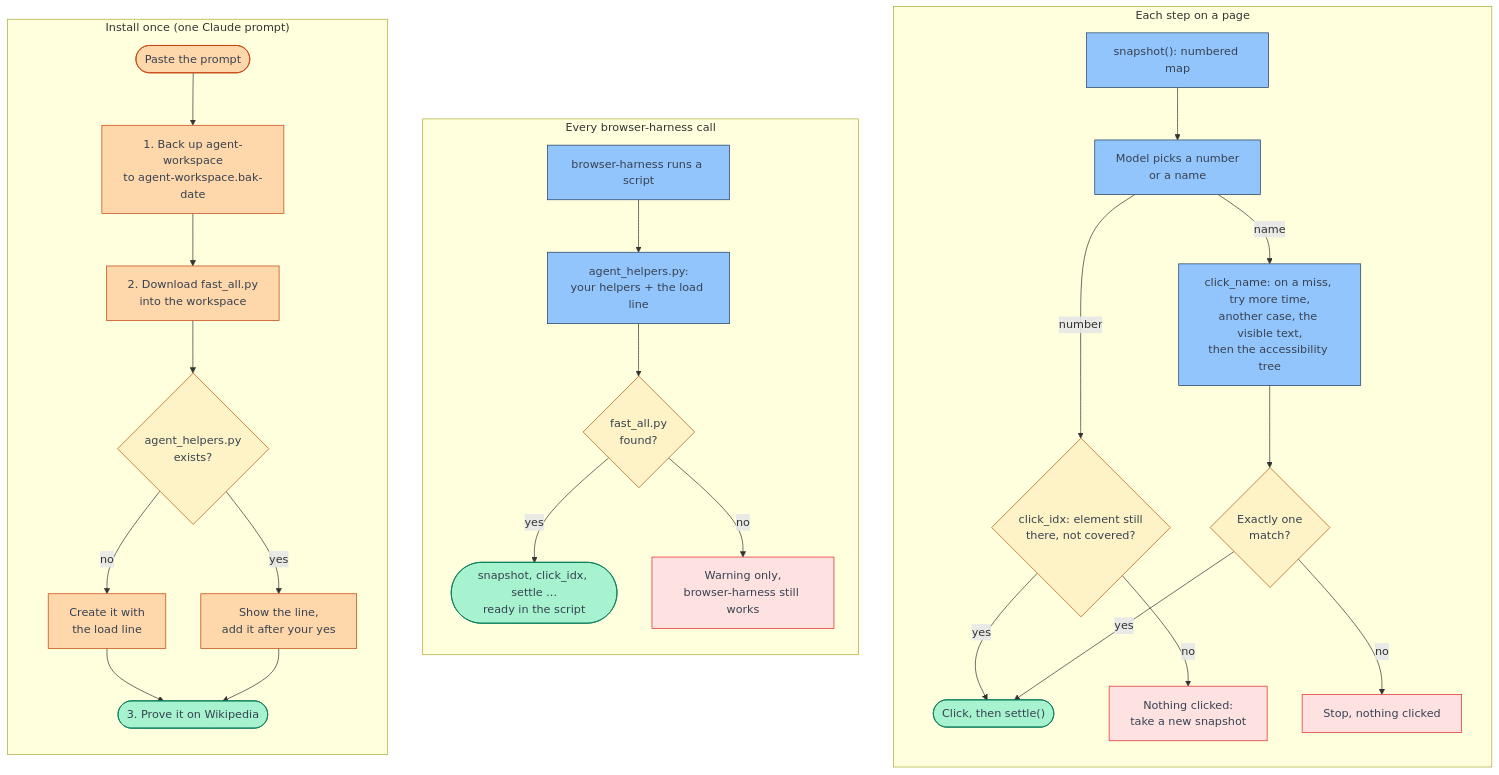
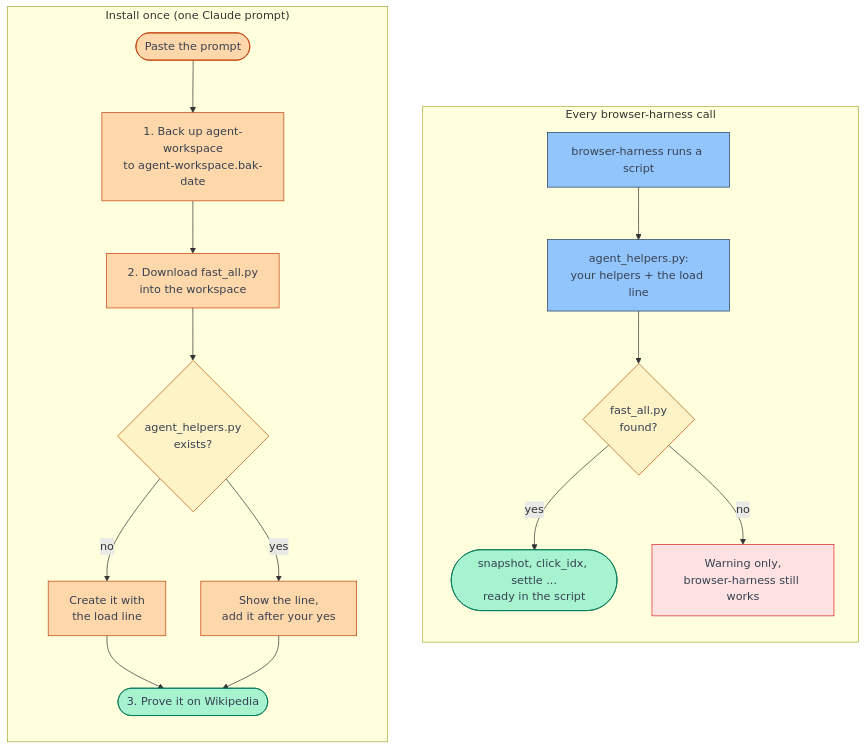
Before and after one commit to kokchuan101/browser-harness-fast-extension: the second of 2 diagrams in README.md, drawn with Mermaid. The commit also changed other lines of this file, not shown here.

Commit message:
README: before/after behaviour diagram on top, install flow under Install

````diff
--- a/README.md
+++ b/README.md
@@ -8,42 +61,31 @@
 ```mermaid
 flowchart LR
   subgraph install["Install once (one Claude prompt)"]
     direction TB
     i1(["Paste the prompt"]) --> i2["1. Back up agent-workspace<br/>to agent-workspace.bak-date"]
     i2 --> i3["2. Download fast_all.py<br/>into the workspace"]
     i3 --> i4{"agent_helpers.py<br/>exists?"}
     i4 -- no --> i5["Create it with<br/>the load line"]
     i4 -- yes --> i6["Show the line,<br/>add it after your yes"]
     i5 --> i7(["3. Prove it on Wikipedia"])
     i6 --> i7
   end
   subgraph load["Every browser-harness call"]
     direction TB
     l1["browser-harness runs a script"] --> l2["agent_helpers.py:<br/>your helpers + the load line"]
     l2 --> l3{"fast_all.py<br/>found?"}
     l3 -- yes --> l4(["snapshot, click_idx, settle ...<br/>ready in the script"])
     l3 -- no --> l5["Warning only,<br/>browser-harness still works"]
   end
-  subgraph step["Each step on a page"]
-    direction TB
-    s1["snapshot(): numbered map"] --> s2["Model picks a number<br/>or a name"]
-    s2 -- number --> s3{"click_idx: element still<br/>there, not covered?"}
-    s3 -- yes --> s4(["Click, then settle()"])
-    s3 -- no --> s5["Nothing clicked:<br/>take a new snapshot"]
-    s2 -- name --> s6["click_name: on a miss, try more time,<br/>another case, the visible text,<br/>then the accessibility tree"]
-    s6 --> s7{"Exactly one<br/>match?"}
-    s7 -- yes --> s4
-    s7 -- no --> s8["Stop, nothing clicked"]
-  end
-  install ~~~ load ~~~ step
+  install ~~~ load
   classDef once fill:#fed7aa,stroke:#c2410c,color:#374151
   classDef ask fill:#fef3c7,stroke:#b45309,color:#374151
   classDef work fill:#93c5fd,stroke:#1e3a5f,color:#374151
   classDef ok fill:#a7f3d0,stroke:#047857,color:#374151
   classDef stop fill:#fee2e2,stroke:#dc2626,color:#374151
   class i1,i2,i3,i5,i6 once
-  class i4,l3,s3,s7 ask
-  class l1,l2,s1,s2,s6 work
-  class i7,l4,s4 ok
-  class l5,s5,s8 stop
+  class i4,l3 ask
+  class l1,l2 work
+  class i7,l4 ok
+  class l5 stop
 ```
````
